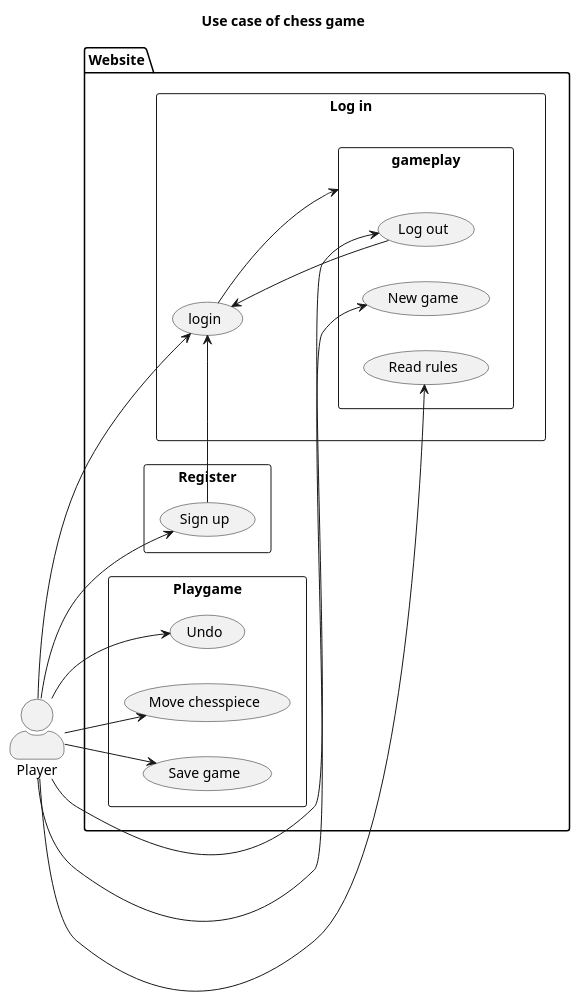
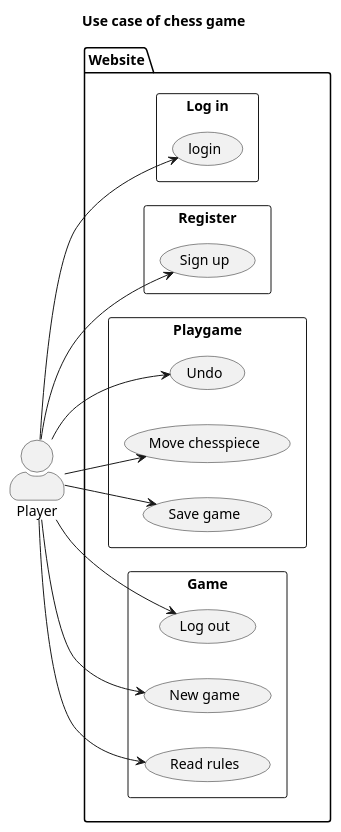
One commit to hoanglt1223/SET2021 changed the diagram in nhom_2/usecase.puml. Above: the diagram before and after it, drawn with PlantUML. The commit also changed 2 other files, not shown here.

```diff
--- a/nhom_2/usecase.puml
+++ b/nhom_2/usecase.puml
@@ -1,45 +1,42 @@
 @startuml Application use cases diagram
 skinparam actorStyle awesome
 
 title Use case of chess game
 
 left to right direction
 :Player: as player
 
 package "Website"{
   rectangle "Log in"{
     usecase "login" as login
-    login --> gameplay
   }
   rectangle "Register"{
     usecase "Sign up" as signup
-    signup -> login
   }
 rectangle "Playgame"{
     usecase "Move chesspiece" as move
     usecase "Undo" as undo
     usecase "Save game" as save
 
   }
 
   rectangle "Game" as gameplay{
     usecase "Log out" as logout
     usecase "New game" as newgame
     usecase "Read rules" as read
-    logout --> login
   }
 
 
 }
 
 player --> signup
 player --> login
 player --> read
 player --> logout
 player --> newgame
 player --> save
 player -> undo
 player -> move
 
 
 @enduml
```
